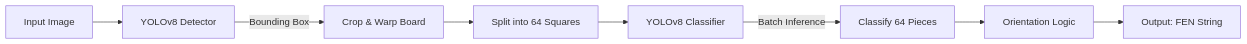
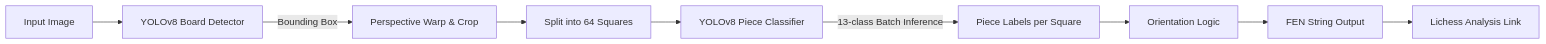
Before and after one commit to Demerdashh/chess-vision-fen: the diagram in README.md, drawn with Mermaid. The commit also changed other lines of this file and 4 other files, not shown here.

````diff
--- a/README.md
+++ b/README.md
@@ -41,10 +46,11 @@
 ```mermaid
 flowchart LR
-    A[Input Image] --> B[YOLOv8 Detector]
-    B -- Bounding Box --> C[Crop & Warp Board]
+    A[Input Image] --> B[YOLOv8 Board Detector]
+    B -- Bounding Box --> C[Perspective Warp & Crop]
     C --> D[Split into 64 Squares]
-    D --> E[YOLOv8 Classifier]
-    E -- Batch Inference --> F[Classify 64 Pieces]
+    D --> E[YOLOv8 Piece Classifier]
+    E -- 13-class Batch Inference --> F[Piece Labels per Square]
     F --> G[Orientation Logic]
-    G --> H[Output: FEN String]
+    G --> H[FEN String Output]
+    H --> I[Lichess Analysis Link]
 ```
````
